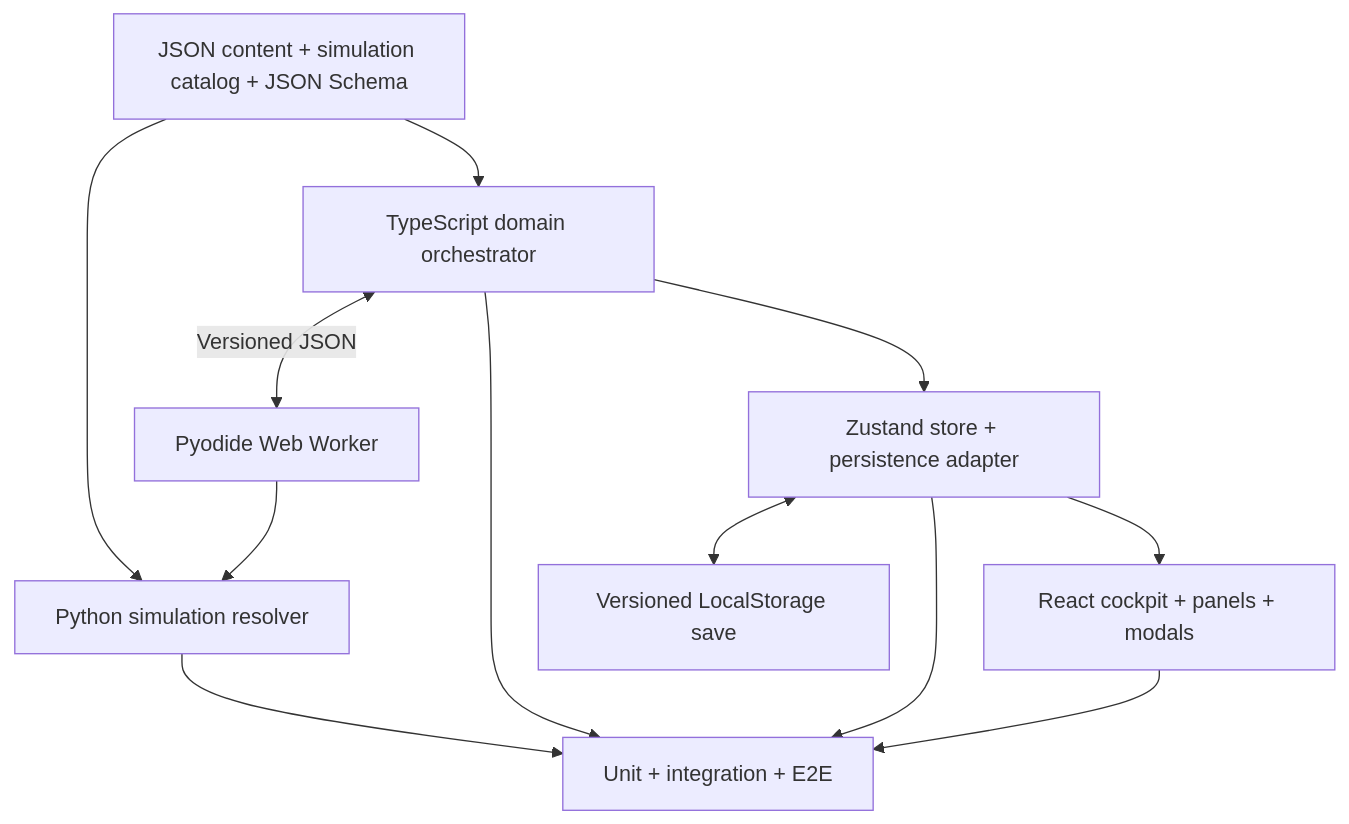
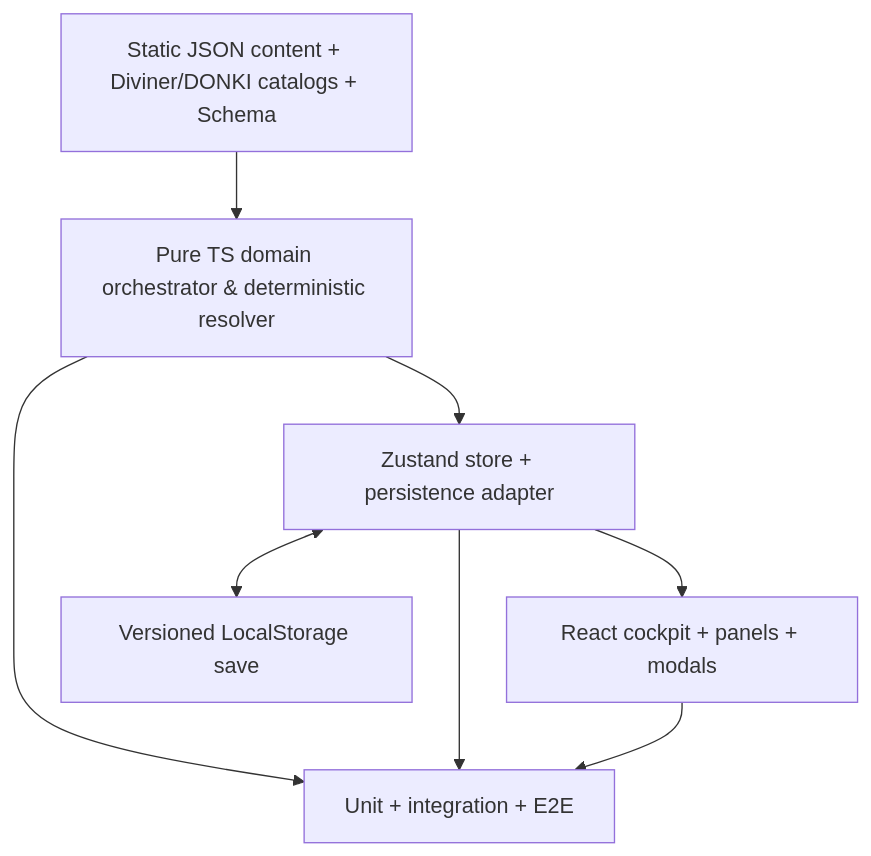
One commit to phanhuudanhkg0811-star/project-human-frontier changed the diagram in docs/plan/first-phase/PHASE_1_MOON_IMPLEMENTATION_PLAN.md. Above: the diagram before and after it, drawn with Mermaid. The commit also changed other lines of this file and 9 other files, not shown here.

Commit message:
docs(phase-1.1): align architecture and gameplay contracts

````diff
--- a/docs/plan/first-phase/PHASE_1_MOON_IMPLEMENTATION_PLAN.md
+++ b/docs/plan/first-phase/PHASE_1_MOON_IMPLEMENTATION_PLAN.md
@@ -120,23 +120,17 @@
 ```mermaid
 flowchart TD
-    Data[JSON content + simulation catalog + JSON Schema]
-    Domain[TypeScript domain orchestrator]
-    Worker[Pyodide Web Worker]
-    Engine[Python simulation resolver]
+    Data[Static JSON content + Diviner/DONKI catalogs + Schema]
+    Domain[Pure TS domain orchestrator & deterministic resolver]
     Store[Zustand store + persistence adapter]
     UI[React cockpit + panels + modals]
     Save[Versioned LocalStorage save]
     Tests[Unit + integration + E2E]
 
     Data --> Domain
-    Data --> Engine
-    Domain <-->|Versioned JSON| Worker
-    Worker --> Engine
     Domain --> Store
     Store <--> Save
     Store --> UI
-    Engine --> Tests
     Domain --> Tests
     Store --> Tests
     UI --> Tests
 ```
````
